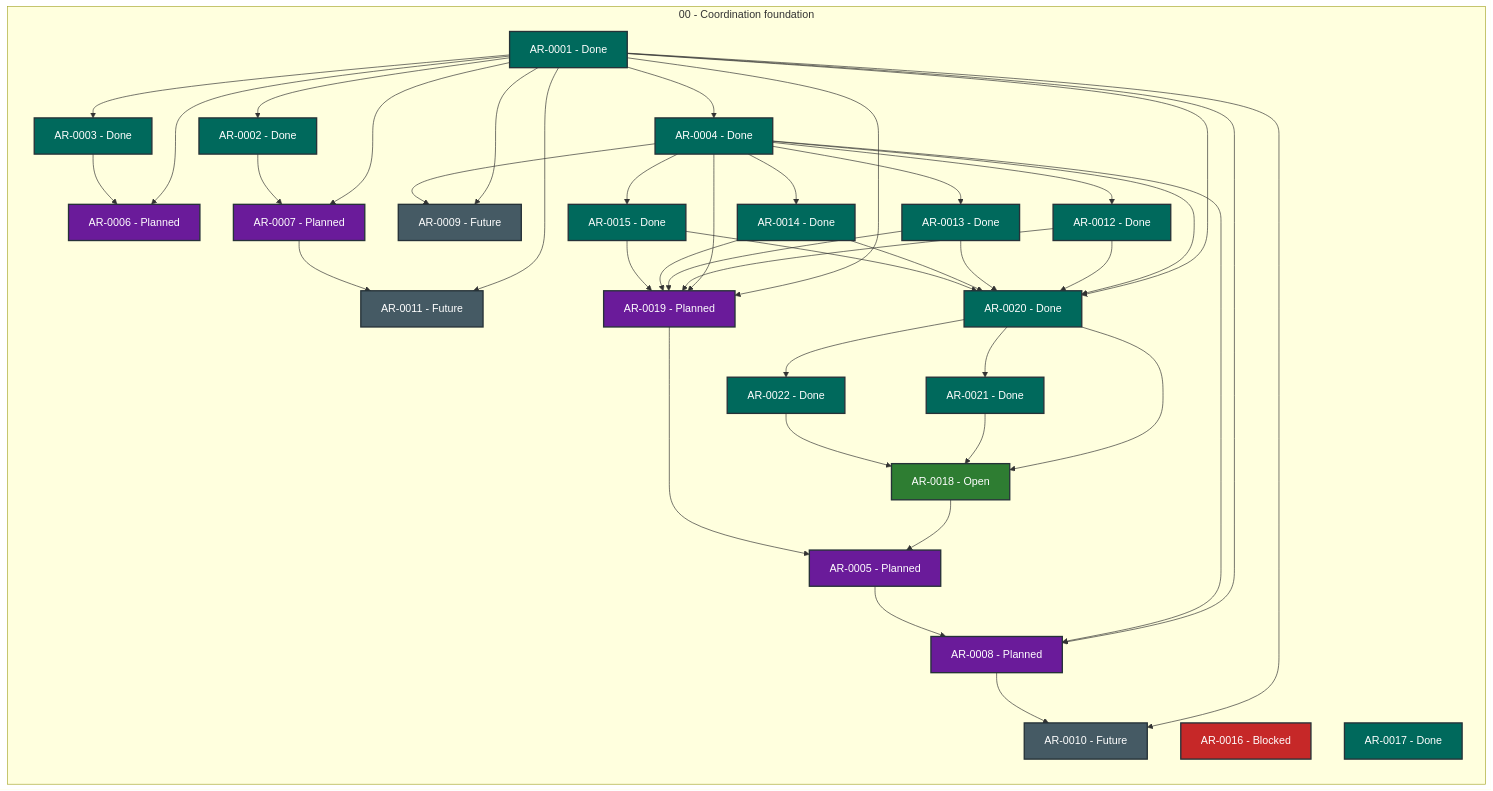
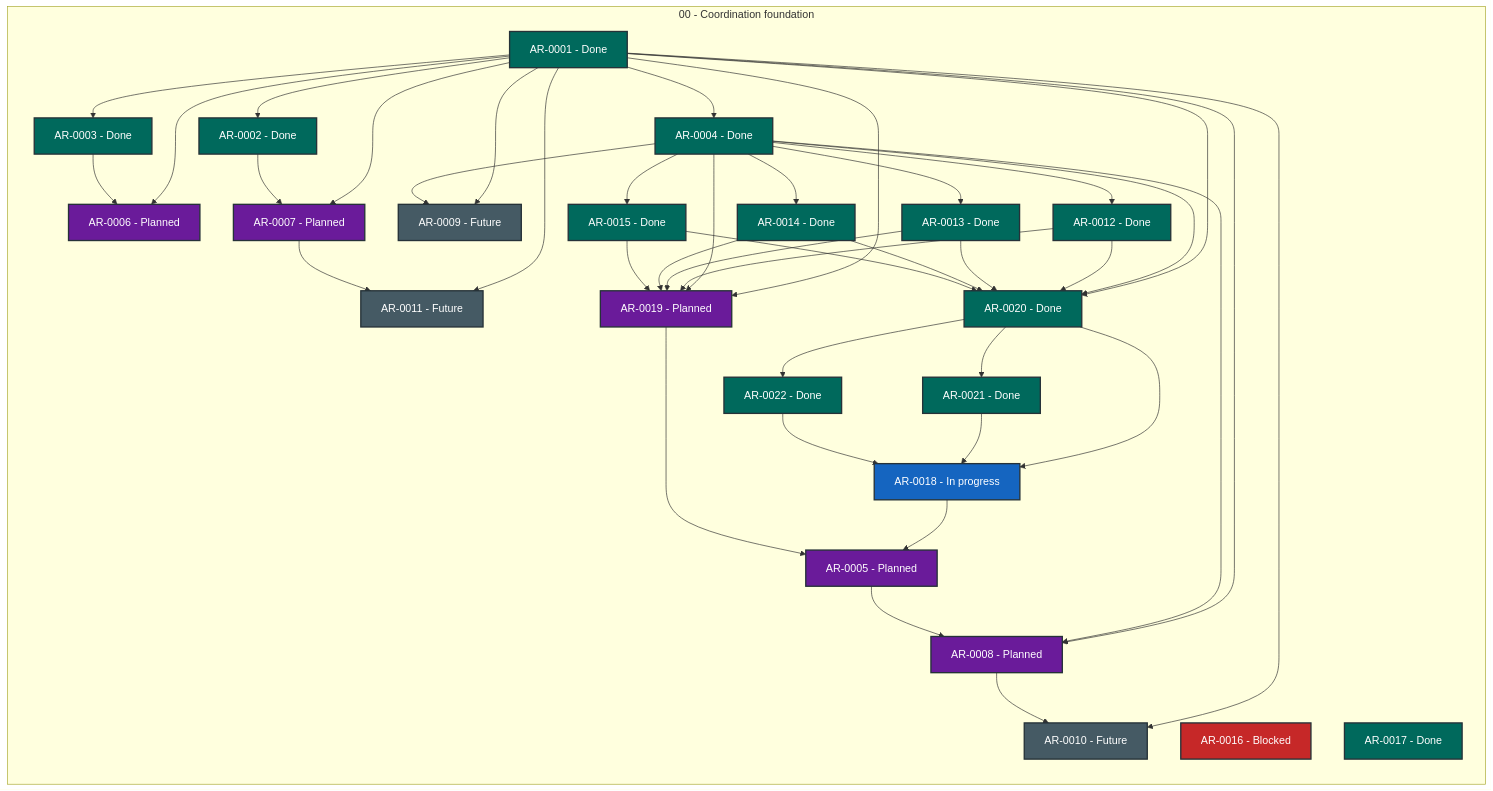
One commit to martin-beck/agent-workflow-quality-state changed the diagram in STATUS.md. Above: the diagram before and after it, drawn with Mermaid. The commit also changed other lines of this file and 2 other files, not shown here.

````diff
--- a/STATUS.md
+++ b/STATUS.md
@@ -27,75 +27,75 @@
 ```mermaid
 flowchart LR
     subgraph series_00["00 - Coordination foundation"]
         direction TB
         AR_0001["AR-0001 - Done"]:::status_done
         AR_0002["AR-0002 - Done"]:::status_done
         AR_0003["AR-0003 - Done"]:::status_done
         AR_0004["AR-0004 - Done"]:::status_done
         AR_0005["AR-0005 - Planned"]:::status_planned
         AR_0006["AR-0006 - Planned"]:::status_planned
         AR_0007["AR-0007 - Planned"]:::status_planned
         AR_0008["AR-0008 - Planned"]:::status_planned
         AR_0009["AR-0009 - Future"]:::status_future
         AR_0010["AR-0010 - Future"]:::status_future
         AR_0011["AR-0011 - Future"]:::status_future
         AR_0012["AR-0012 - Done"]:::status_done
         AR_0013["AR-0013 - Done"]:::status_done
         AR_0014["AR-0014 - Done"]:::status_done
         AR_0015["AR-0015 - Done"]:::status_done
         AR_0016["AR-0016 - Blocked"]:::status_blocked
         AR_0017["AR-0017 - Done"]:::status_done
-        AR_0018["AR-0018 - Open"]:::status_open
+        AR_0018["AR-0018 - In progress"]:::status_in_progress
         AR_0019["AR-0019 - Planned"]:::status_planned
         AR_0020["AR-0020 - Done"]:::status_done
         AR_0021["AR-0021 - Done"]:::status_done
         AR_0022["AR-0022 - Done"]:::status_done
     end
     AR_0001 --> AR_0002
     AR_0001 --> AR_0003
     AR_0001 --> AR_0004
     AR_0001 --> AR_0006
     AR_0001 --> AR_0007
     AR_0001 --> AR_0008
     AR_0001 --> AR_0009
     AR_0001 --> AR_0010
     AR_0001 --> AR_0011
     AR_0001 --> AR_0019
     AR_0001 --> AR_0020
     AR_0002 --> AR_0007
     AR_0003 --> AR_0006
     AR_0004 --> AR_0008
     AR_0004 --> AR_0009
     AR_0004 --> AR_0012
     AR_0004 --> AR_0013
     AR_0004 --> AR_0014
     AR_0004 --> AR_0015
     AR_0004 --> AR_0019
     AR_0004 --> AR_0020
     AR_0005 --> AR_0008
     AR_0007 --> AR_0011
     AR_0008 --> AR_0010
     AR_0012 --> AR_0019
     AR_0012 --> AR_0020
     AR_0013 --> AR_0019
     AR_0013 --> AR_0020
     AR_0014 --> AR_0019
     AR_0014 --> AR_0020
     AR_0015 --> AR_0019
     AR_0015 --> AR_0020
     AR_0018 --> AR_0005
     AR_0019 --> AR_0005
     AR_0020 --> AR_0018
     AR_0020 --> AR_0021
     AR_0020 --> AR_0022
     AR_0021 --> AR_0018
     AR_0022 --> AR_0018
     classDef status_in_progress fill:#1565c0,color:#ffffff,stroke:#263238,stroke-width:2px
     classDef status_open fill:#2e7d32,color:#ffffff,stroke:#263238,stroke-width:2px
     classDef status_blocked fill:#c62828,color:#ffffff,stroke:#263238,stroke-width:2px
     classDef status_planned fill:#6a1b9a,color:#ffffff,stroke:#263238,stroke-width:2px
     classDef status_future fill:#455a64,color:#ffffff,stroke:#263238,stroke-width:2px
     classDef status_done fill:#00695c,color:#ffffff,stroke:#263238,stroke-width:2px
     classDef status_cancelled fill:#616161,color:#ffffff,stroke:#263238,stroke-width:2px
     classDef status_superseded fill:#5d4037,color:#ffffff,stroke:#263238,stroke-width:2px
 ```
````
